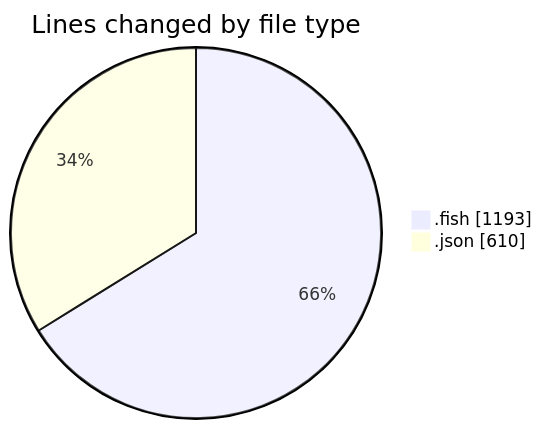
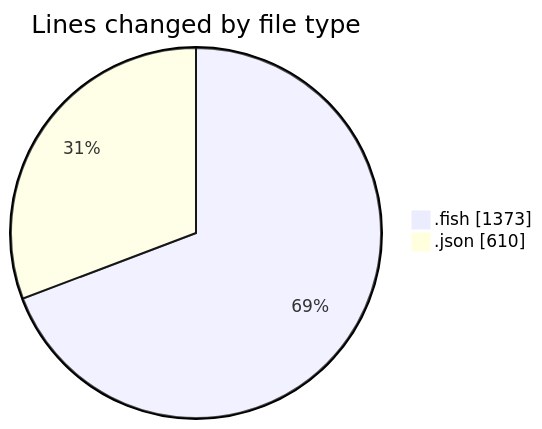
One commit to EIIisD/code-tracking changed the first of 2 diagrams in 2025-07-11/fish/README.md. Above: the diagram before and after it, drawn with Mermaid. The commit also changed other lines of this file and 1 other file, not shown here.

````diff
--- a/2025-07-11/fish/README.md
+++ b/2025-07-11/fish/README.md
@@ -24,6 +24,6 @@
 ```mermaid
 pie showData
 title Lines changed by file type
-".fish" : 1193
+".fish" : 1373
 ".json" : 610
 ```
````
